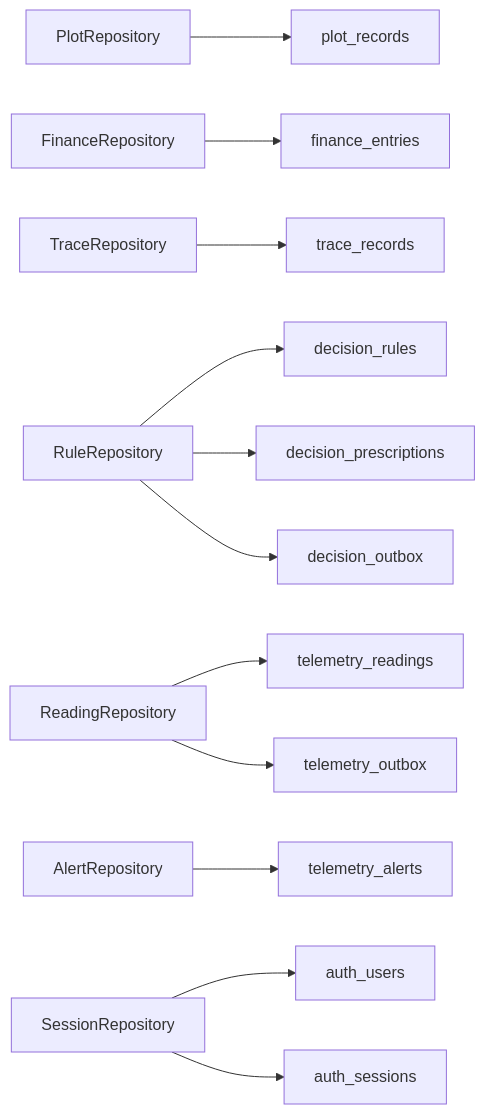
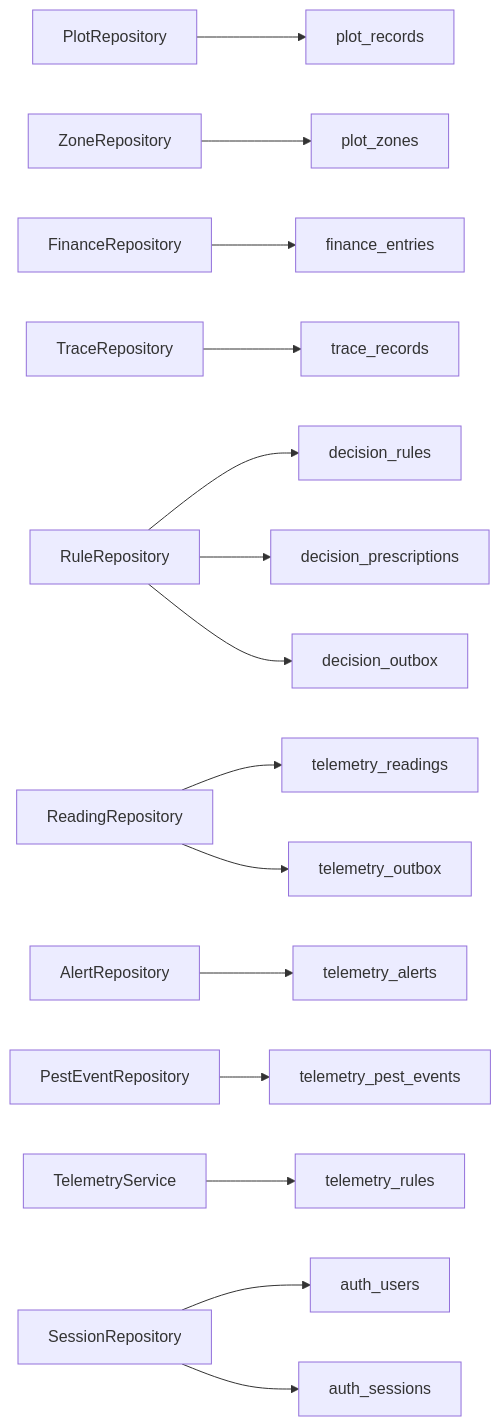
One commit to q446328246/agri-platform changed the ninth of 10 diagrams in .qoder/repowiki/zh/content/数据库设计/数据库设计.md. Above: the diagram before and after it, drawn with Mermaid. The commit also changed other lines of this file and 68 other files, not shown here.

````diff
--- a/.qoder/repowiki/zh/content/数据库设计/数据库设计.md
+++ b/.qoder/repowiki/zh/content/数据库设计/数据库设计.md
@@ -531,14 +702,17 @@
 ```mermaid
 graph LR
 PR["PlotRepository"] --> T1["plot_records"]
+ZR["ZoneRepository"] --> T15["plot_zones"]
 FR["FinanceRepository"] --> T2["finance_entries"]
 TR["TraceRepository"] --> T3["trace_records"]
 RR["RuleRepository"] --> T4["decision_rules"]
 RR --> T5["decision_prescriptions"]
 RR --> T8["decision_outbox"]
 RL["ReadingRepository"] --> T6["telemetry_readings"]
 AL["AlertRepository"] --> T7["telemetry_alerts"]
 RL --> T9["telemetry_outbox"]
+PE["PestEventRepository"] --> T13["telemetry_pest_events"]
+TRU["TelemetryService"] --> T12["telemetry_rules"]
 SR["SessionRepository"] --> T10["auth_users"]
 SR --> T11["auth_sessions"]
 ```
````
